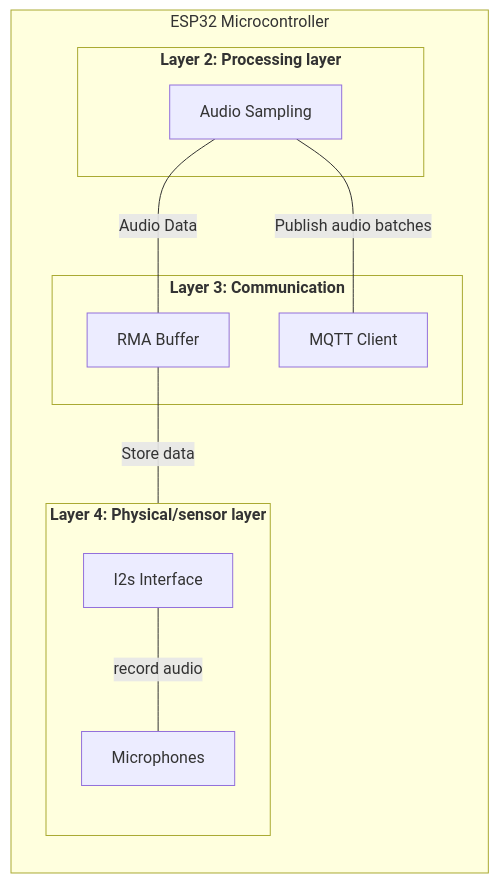
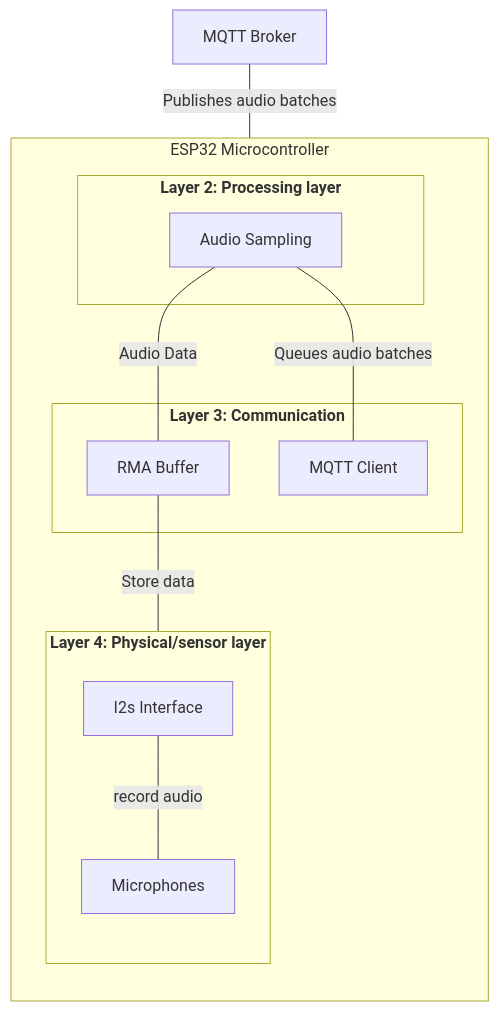
One commit to Lukas4314/3-Semester-project changed the diagram in mermaidCharts/ESP.mmd. Above: the diagram before and after it, drawn with Mermaid. The commit also changed 4 other files, not shown here.

```diff
--- a/mermaidCharts/ESP.mmd
+++ b/mermaidCharts/ESP.mmd
@@ -1,25 +1,27 @@
-flowchart LR
+flowchart TD
     subgraph ESP[ESP32 Microcontroller]
         direction TB
         subgraph L1[<b>Layer 4: Physical/sensor layer</b>]
             direction TB
             
             ESP_Board[I2s Interface]
             ESP_Mic[Microphones]
             ESP_Board -- "record audio" --- ESP_Mic
         end
 
         subgraph L2[<b>Layer 3: Communication</b>]
             ESP_MQTT[MQTT Client]
             ESP_BUFFERREADER[RMA Buffer]
         end
 
         subgraph L3[<b>Layer 2: Processing layer</b>]
             
             ESP_Sampling[Audio Sampling]
         end
     end
 
+
+    MQTT_Broker[MQTT Broker] -- "Publishes audio batches" --- ESP_MQTT
     ESP_BUFFERREADER -- "Store data" --- ESP_Board
-    ESP_Sampling -- "Publish audio batches" --- ESP_MQTT
+    ESP_Sampling -- "Queues audio batches" --- ESP_MQTT
     ESP_Sampling -- "Audio Data" --- ESP_BUFFERREADER
```
